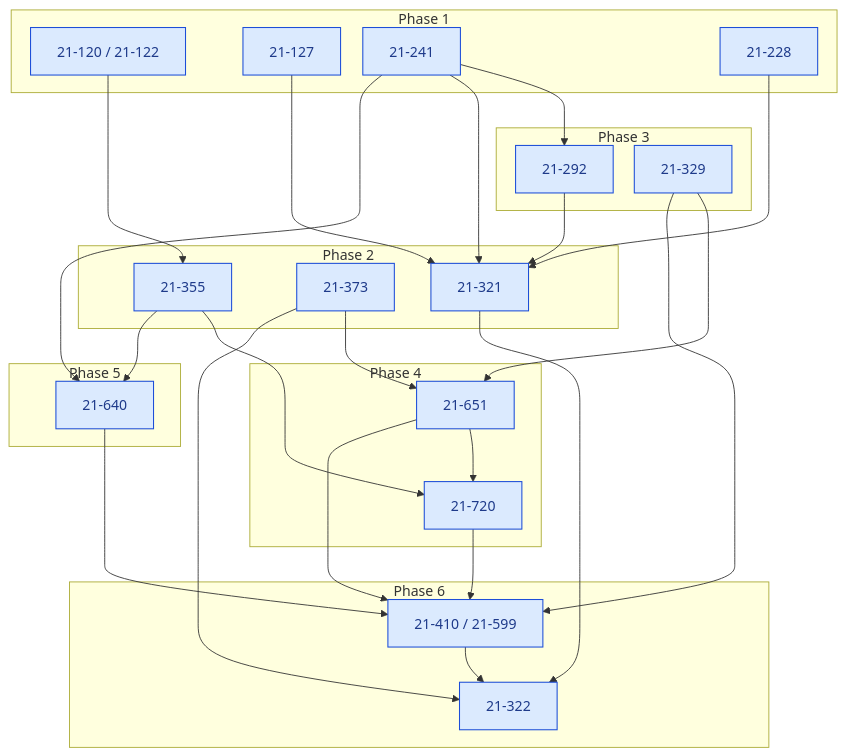
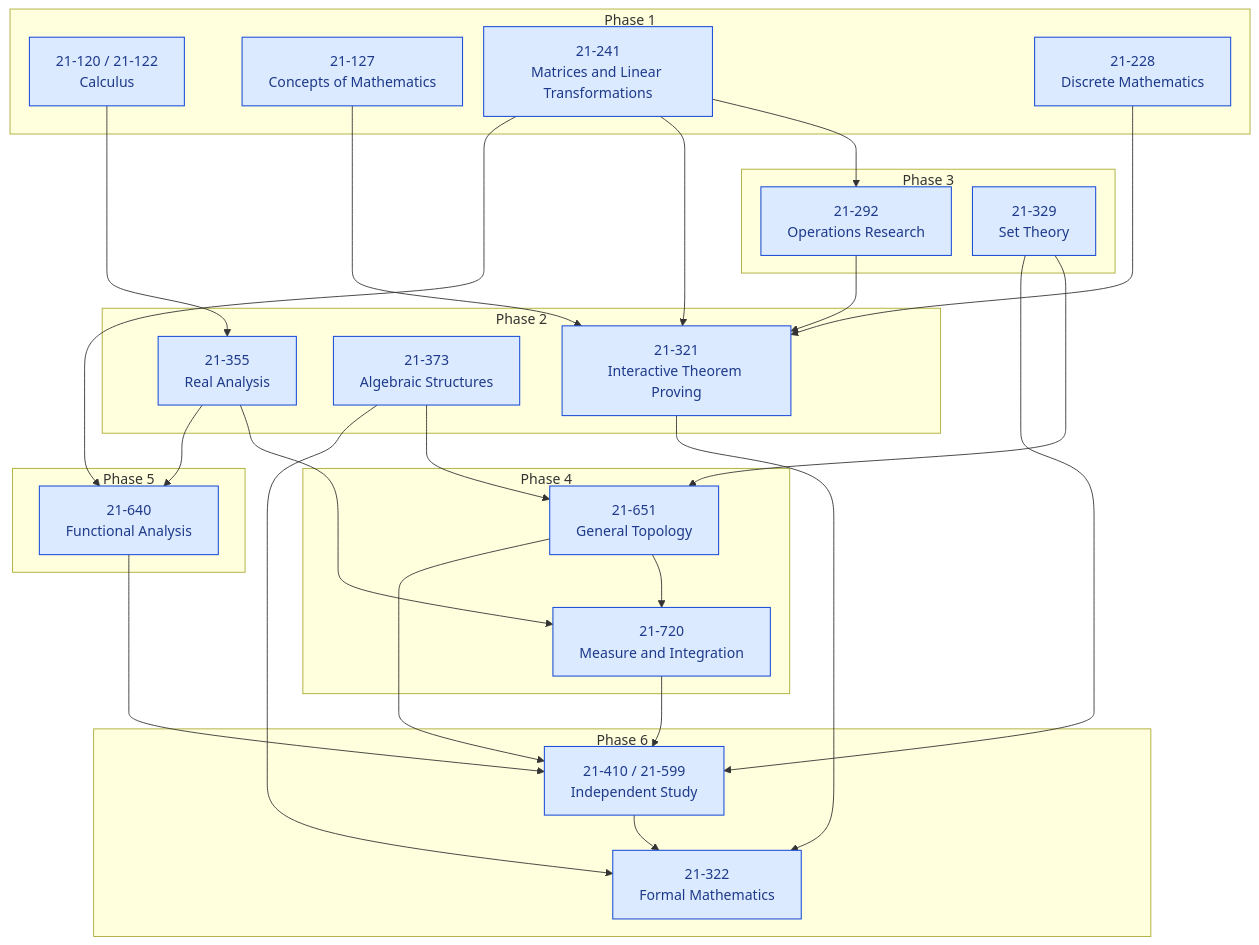
The first of 2 diagrams in README.md (catskillsresearch/fabbro), drawn with Mermaid before and after one commit. The commit also changed 2 other files, not shown here.

Commit message:
Label each course node in the conceptual buildup with a short catalog title.

````diff
--- a/README.md
+++ b/README.md
@@ -58,57 +58,57 @@
 ```mermaid
-%%{init: {"flowchart": {"htmlLabels": false, "nodeSpacing": 24, "rankSpacing": 40}}}%%
+%%{init: {"flowchart": {"htmlLabels": true, "nodeSpacing": 24, "rankSpacing": 40}}}%%
 flowchart TB
   classDef course fill:#dbeafe,stroke:#1d4ed8,color:#1e3a8a,stroke-width:1.2px
 
   subgraph P1["Phase 1"]
-    C120["21-120 / 21-122"]:::course
-    C127["21-127"]:::course
-    C241["21-241"]:::course
-    C228["21-228"]:::course
+    C120["21-120 / 21-122<br/>Calculus"]:::course
+    C127["21-127<br/>Concepts of Mathematics"]:::course
+    C241["21-241<br/>Matrices and Linear Transformations"]:::course
+    C228["21-228<br/>Discrete Mathematics"]:::course
   end
 
   subgraph P2["Phase 2"]
-    C355["21-355"]:::course
-    C373["21-373"]:::course
-    C321["21-321"]:::course
+    C355["21-355<br/>Real Analysis"]:::course
+    C373["21-373<br/>Algebraic Structures"]:::course
+    C321["21-321<br/>Interactive Theorem Proving"]:::course
   end
 
   subgraph P3["Phase 3"]
-    C292["21-292"]:::course
-    C329["21-329"]:::course
+    C292["21-292<br/>Operations Research"]:::course
+    C329["21-329<br/>Set Theory"]:::course
   end
 
   subgraph P4["Phase 4"]
-    C651["21-651"]:::course
-    C720["21-720"]:::course
+    C651["21-651<br/>General Topology"]:::course
+    C720["21-720<br/>Measure and Integration"]:::course
   end
 
   subgraph P5["Phase 5"]
-    C640["21-640"]:::course
+    C640["21-640<br/>Functional Analysis"]:::course
   end
 
   subgraph P6["Phase 6"]
-    C410["21-410 / 21-599"]:::course
-    C322["21-322"]:::course
+    C410["21-410 / 21-599<br/>Independent Study"]:::course
+    C322["21-322<br/>Formal Mathematics"]:::course
   end
 
   C241 --> C292
   C241 --> C321
   C228 --> C321
   C127 --> C321
   C292 --> C321
   C120 --> C355
   C355 --> C720
   C373 --> C651
   C329 --> C651
   C651 --> C720
   C241 --> C640
   C355 --> C640
   C329 --> C410
   C651 --> C410
   C720 --> C410
   C640 --> C410
   C373 --> C322
   C321 --> C322
   C410 --> C322
 ```
````
